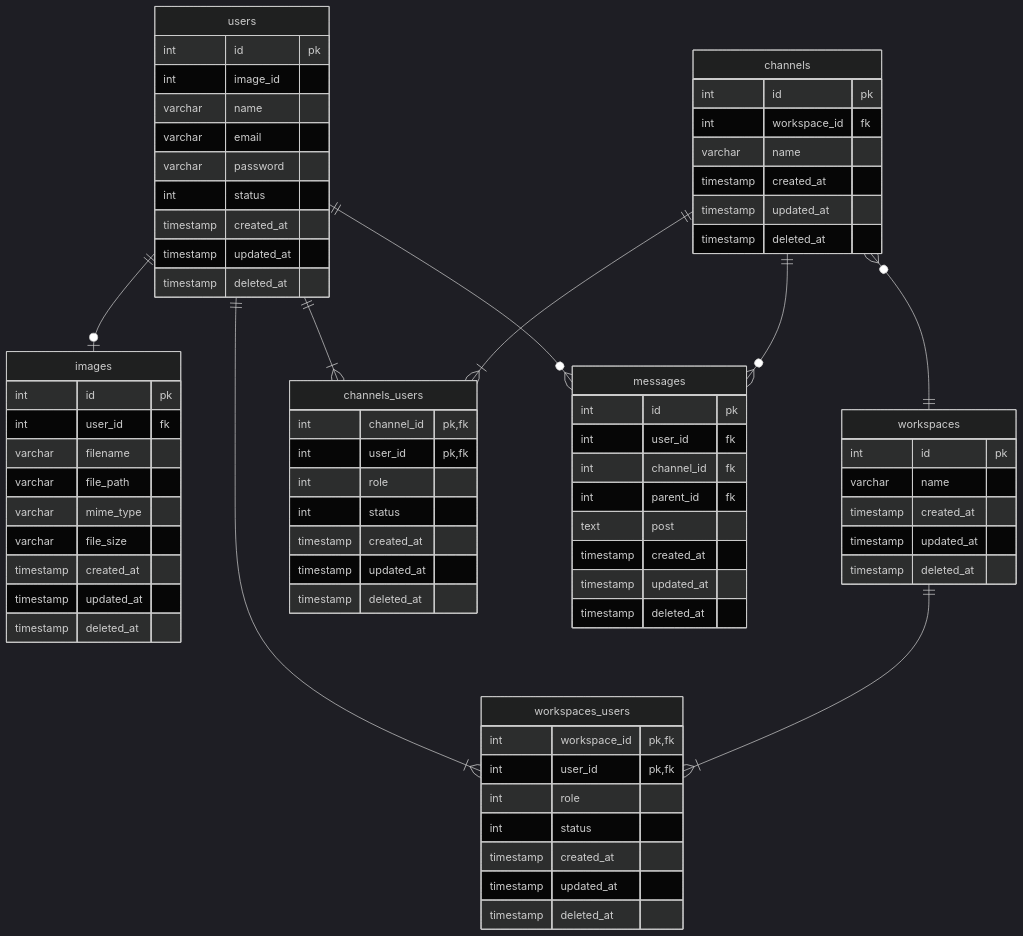
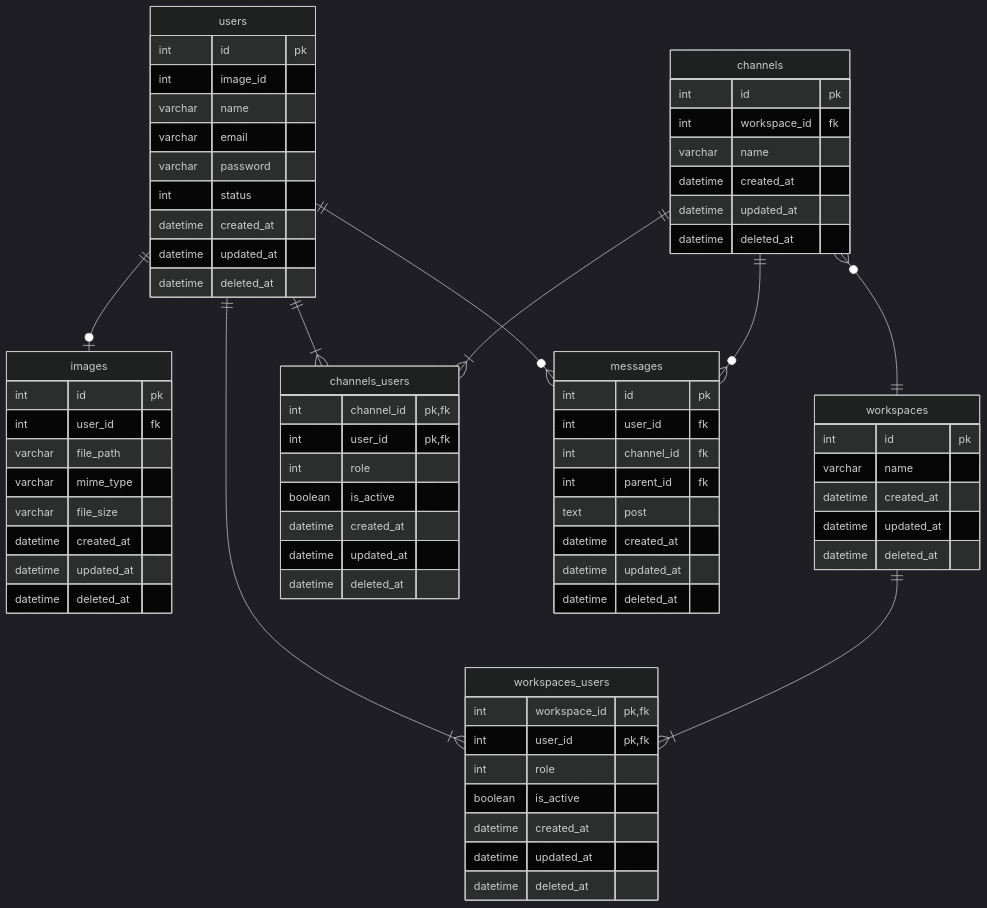
Before and after one commit to zyumax/pc_task: the diagram in データベースモデリング2/課題1/課題1-1.md, drawn with Mermaid (dark theme).

Commit message:
カラム変更

```diff
--- a/データベースモデリング2/課題1/課題1-1.md
+++ b/データベースモデリング2/課題1/課題1-1.md
@@ -38,58 +38,57 @@
   varchar email
   varchar password
   int status
-  timestamp created_at
-  timestamp updated_at
-  timestamp deleted_at
+  datetime created_at
+  datetime updated_at
+  datetime deleted_at
 }
 
 images {
   int id pk
   int user_id fk
-  varchar filename
   varchar file_path
   varchar mime_type
   varchar file_size
-  timestamp created_at
-  timestamp updated_at
-  timestamp deleted_at
+  datetime created_at
+  datetime updated_at
+  datetime deleted_at
 }
 
 workspaces {
   int id pk
   varchar name 
-  timestamp created_at 
-  timestamp updated_at
-  timestamp deleted_at
+  datetime created_at 
+  datetime updated_at
+  datetime deleted_at
 }
 
 workspaces_users {
   int workspace_id pk,fk
   int user_id pk,fk
   int role
-  int status
-  timestamp created_at
-  timestamp updated_at
-  timestamp deleted_at
+  boolean is_active
+  datetime created_at
+  datetime updated_at
+  datetime deleted_at
 }
 
 channels {
   int id pk
   int workspace_id fk
   varchar name
-  timestamp created_at
-  timestamp updated_at
-  timestamp deleted_at
+  datetime created_at
+  datetime updated_at
+  datetime deleted_at
 }
 
 channels_users {
   int channel_id pk,fk
   int user_id pk,fk
   int role
-  int status
-  timestamp created_at
-  timestamp updated_at
-  timestamp deleted_at
+  boolean is_active
+  datetime created_at
+  datetime updated_at
+  datetime deleted_at
 }
 
 messages {
@@ -98,9 +97,9 @@
   int channel_id fk
   int parent_id fk
   text post
-  timestamp created_at
-  timestamp updated_at
-  timestamp deleted_at
+  datetime created_at
+  datetime updated_at
+  datetime deleted_at
 }
 
 %% relations
```
